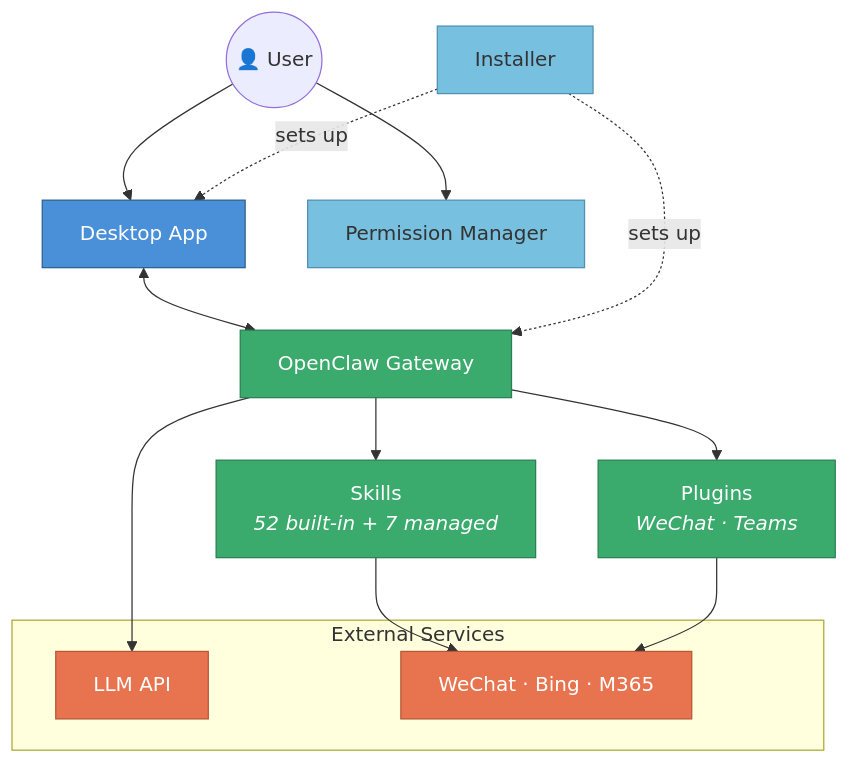
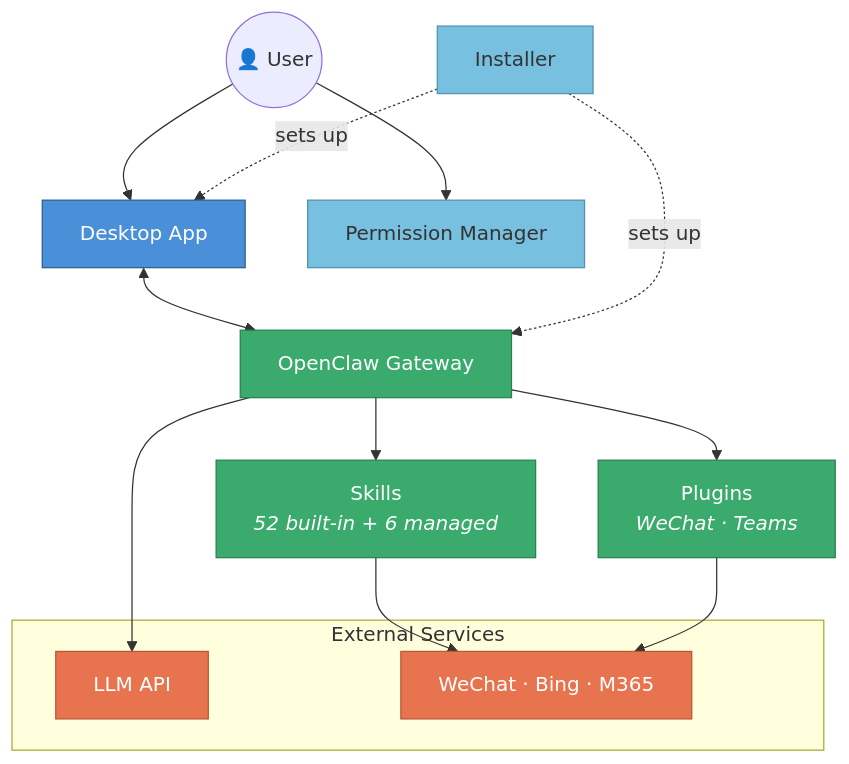
One commit to microsofthackathons/MicroClaw changed the diagram in README.md. Above: the diagram before and after it, drawn with Mermaid. The commit also changed other lines of this file and 8 other files, not shown here.

````diff
--- a/README.md
+++ b/README.md
@@ -43,37 +43,37 @@
 ```mermaid
 graph TB
     User(("👤 User"))
 
     Desktop["Desktop App"]
     Gateway["OpenClaw Gateway"]
-    Skills["Skills<br/><i>52 built-in + 7 managed</i>"]
+    Skills["Skills<br/><i>52 built-in + 6 managed</i>"]
     Plugins["Plugins<br/><i>WeChat · Teams</i>"]
     PermMgr["Permission Manager"]
     Installer["Installer"]
 
     subgraph External["External Services"]
         LLM["LLM API"]
         ThirdParty["WeChat · Bing · M365"]
     end
 
     User --> Desktop
     User --> PermMgr
     Desktop <--> Gateway
     Gateway --> Skills
     Gateway --> Plugins
     Gateway --> LLM
     Skills --> ThirdParty
     Plugins --> ThirdParty
     Installer -.->|"sets up"| Desktop
     Installer -.->|"sets up"| Gateway
 
     classDef app fill:#4A90D9,stroke:#2C5F8A,color:#fff
     classDef gw fill:#3AAA6D,stroke:#2B7F52,color:#fff
     classDef ext fill:#E8744F,stroke:#B85636,color:#fff
     classDef tool fill:#78C0E0,stroke:#5090B0,color:#333
 
     class Desktop app
     class Gateway,Skills,Plugins gw
     class LLM,ThirdParty ext
     class PermMgr,Installer tool
 ```
````
